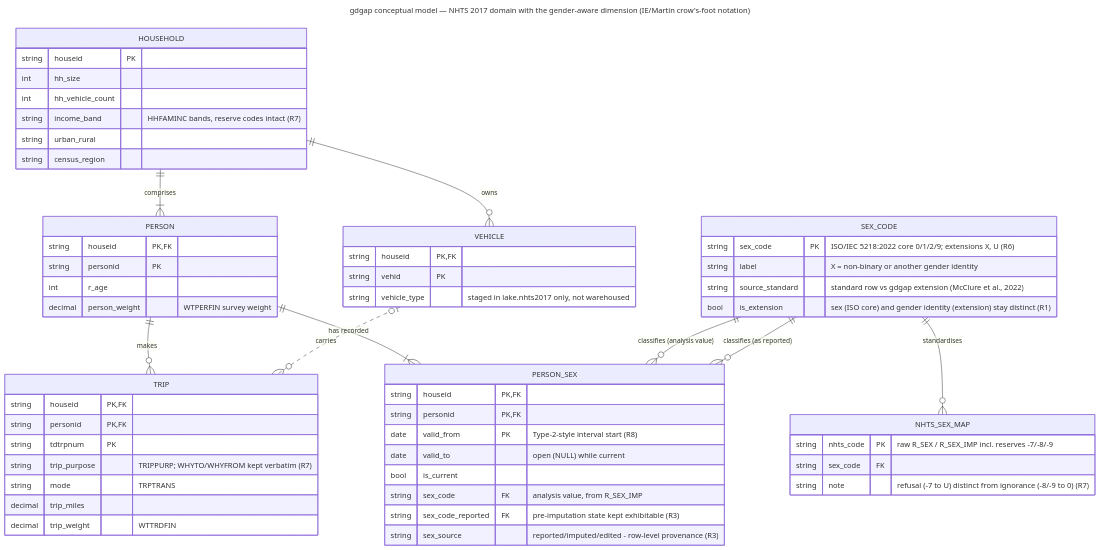
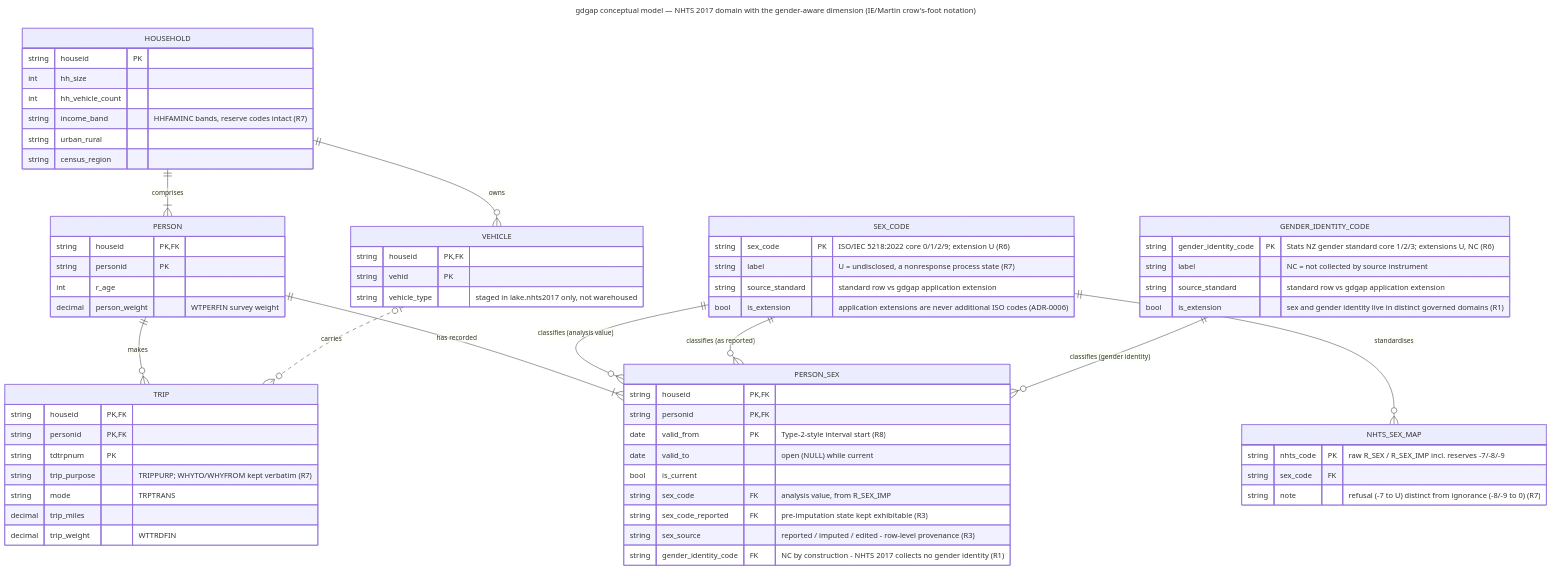
Before and after one commit to jurdabos/gdgap: the diagram in docs/model/conceptual.mmd, drawn with Mermaid. The commit also changed 19 other files, not shown here.

Commit message:
feat: introduce new 02_dim_gender_identity_code with Stats NZ-anchored values, record the separation in adr-0006

```diff
--- a/docs/model/conceptual.mmd
+++ b/docs/model/conceptual.mmd
@@ -1,82 +1,93 @@
 ---
 title: "gdgap conceptual model — NHTS 2017 domain with the gender-aware dimension (IE/Martin crow's-foot notation)"
 ---
 %% The W2 artifact (thesis 3.3, objective E): conceptual/logical model of the reference design.
 %% Notation: Information Engineering (James Martin) crow's foot, as rendered by Mermaid erDiagram.
 %% Grounding: entity sets per the FHWA codebook (Chen reading in thesis 3.2); aware-variant
-%% constructs per sql/ddl/aware/01..05; the blind baseline (sql/ddl/blind/) is this diagram
-%% minus SEX_CODE, NHTS_SEX_MAP and PERSON_SEX — that omission is the measured contrast (R11).
-%% Traceability: R1/R6 code list; R7 reserve-code mapping; R3 provenance; R8 Type-2-style validity;
+%% constructs per sql/ddl/aware/01..06; the blind baseline (sql/ddl/blind/) is this diagram
+%% minus SEX_CODE, GENDER_IDENTITY_CODE, NHTS_SEX_MAP and PERSON_SEX — the measured contrast (R11).
+%% Traceability: R1/R6 code lists (sex; gender identity in distinct governed domains, ADR-0006);
+%% R7 reserve-code mapping; R3 provenance; R8 Type-2-style validity;
 %% R2 disaggregation via the PERSON join path, never via a copied sex column on TRIP.
 %% DDL mapping: HOUSEHOLD=lake.nhts2017.hhpub, PERSON=perpub/aware.fact_person,
 %% VEHICLE=vehpub (staged only, not warehoused), TRIP=trippub/aware.fact_trip,
-%% SEX_CODE=aware.dim_sex_code, NHTS_SEX_MAP=aware.map_nhts_sex, PERSON_SEX=aware.dim_person_sex.
+%% SEX_CODE=aware.dim_sex_code, GENDER_IDENTITY_CODE=aware.dim_gender_identity_code,
+%% NHTS_SEX_MAP=aware.map_nhts_sex, PERSON_SEX=aware.dim_person_sex.
 %% Render pin: @mermaid-js/mermaid-cli (mmdc) 11.12.0 —
 %% mmdc -i docs/model/conceptual.mmd -o docs/model/conceptual.png -b white -s 4
 erDiagram
     HOUSEHOLD ||--|{ PERSON : comprises
     HOUSEHOLD ||--o{ VEHICLE : owns
     PERSON ||--o{ TRIP : makes
     VEHICLE |o..o{ TRIP : carries
     PERSON ||--|{ PERSON_SEX : "has recorded"
     SEX_CODE ||--o{ PERSON_SEX : "classifies (analysis value)"
     SEX_CODE ||--o{ PERSON_SEX : "classifies (as reported)"
+    GENDER_IDENTITY_CODE ||--o{ PERSON_SEX : "classifies (gender identity)"
     SEX_CODE ||--o{ NHTS_SEX_MAP : standardises
 
     HOUSEHOLD {
         string houseid PK
         int hh_size
         int hh_vehicle_count
         string income_band "HHFAMINC bands, reserve codes intact (R7)"
         string urban_rural
         string census_region
     }
 
     PERSON {
         string houseid PK, FK
         string personid PK
         int r_age
         decimal person_weight "WTPERFIN survey weight"
     }
     %% Deliberately carrying no sex attribute on PERSON or TRIP: disaggregation
     %% arrives through the PERSON_SEX dimension join (R2), not a copied column.
 
     VEHICLE {
         string houseid PK, FK
         string vehid PK
         string vehicle_type "staged in lake.nhts2017 only, not warehoused"
     }
 
     TRIP {
         string houseid PK, FK
         string personid PK, FK
         string tdtrpnum PK
         string trip_purpose "TRIPPURP; WHYTO/WHYFROM kept verbatim (R7)"
         string mode "TRPTRANS"
         decimal trip_miles
         decimal trip_weight "WTTRDFIN"
     }
 
     SEX_CODE {
-        string sex_code PK "ISO/IEC 5218:2022 core 0/1/2/9; extensions X, U (R6)"
-        string label "X = non-binary or another gender identity"
-        string source_standard "standard row vs gdgap extension (McClure et al., 2022)"
-        bool is_extension "sex (ISO core) and gender identity (extension) stay distinct (R1)"
+        string sex_code PK "ISO/IEC 5218:2022 core 0/1/2/9; extension U (R6)"
+        string label "U = undisclosed, a nonresponse process state (R7)"
+        string source_standard "standard row vs gdgap application extension"
+        bool is_extension "application extensions are never additional ISO codes (ADR-0006)"
+    }
+
+    GENDER_IDENTITY_CODE {
+        string gender_identity_code PK "Stats NZ gender standard core 1/2/3; extensions U, NC (R6)"
+        string label "NC = not collected by source instrument"
+        string source_standard "standard row vs gdgap application extension"
+        bool is_extension "sex and gender identity live in distinct governed domains (R1)"
     }
 
     NHTS_SEX_MAP {
         string nhts_code PK "raw R_SEX / R_SEX_IMP incl. reserves -7/-8/-9"
         string sex_code FK
         string note "refusal (-7 to U) distinct from ignorance (-8/-9 to 0) (R7)"
     }
 
     PERSON_SEX {
         string houseid PK, FK
         string personid PK, FK
         date valid_from PK "Type-2-style interval start (R8)"
         date valid_to "open (NULL) while current"
         bool is_current
         string sex_code FK "analysis value, from R_SEX_IMP"
         string sex_code_reported FK "pre-imputation state kept exhibitable (R3)"
-        string sex_source "reported/imputed/edited - row-level provenance (R3)"
+        string sex_source "reported / imputed / edited - row-level provenance (R3)"
+        string gender_identity_code FK "NC by construction - NHTS 2017 collects no gender identity (R1)"
     }
```
